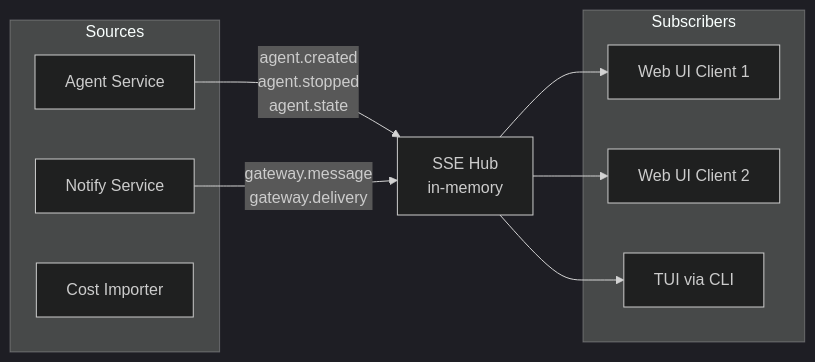
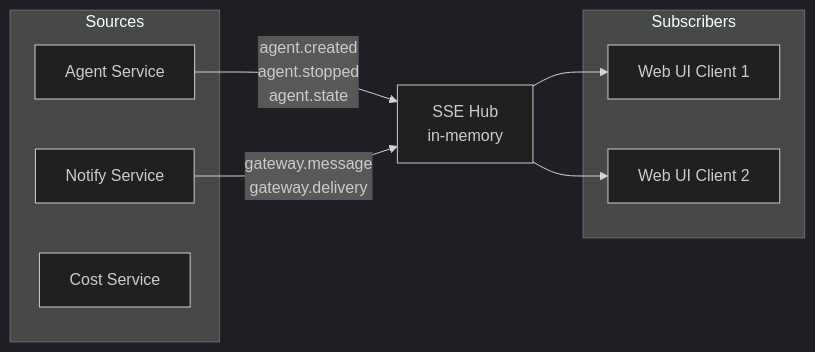
The fifth of 5 diagrams in docs/explanation/networking.md (rpuneet/bc), drawn with Mermaid (dark theme) before and after one commit. The commit also changed other lines of this file and 59 other files, not shown here.

````diff
--- a/docs/explanation/networking.md
+++ b/docs/explanation/networking.md
@@ -124,22 +124,20 @@
 ```mermaid
 graph LR
     subgraph Sources
         AGENT_SVC[Agent Service]
         NOTIFY_SVC[Notify Service]
-        COST_SVC[Cost Importer]
+        COST_SVC[Cost Service]
     end
 
     HUB[SSE Hub<br/>in-memory]
 
     subgraph Subscribers
         WEB1[Web UI Client 1]
         WEB2[Web UI Client 2]
-        TUI1[TUI via CLI]
     end
 
     AGENT_SVC -->|agent.created<br/>agent.stopped<br/>agent.state| HUB
     NOTIFY_SVC -->|gateway.message<br/>gateway.delivery| HUB
     HUB --> WEB1
     HUB --> WEB2
-    HUB --> TUI1
 ```
````
